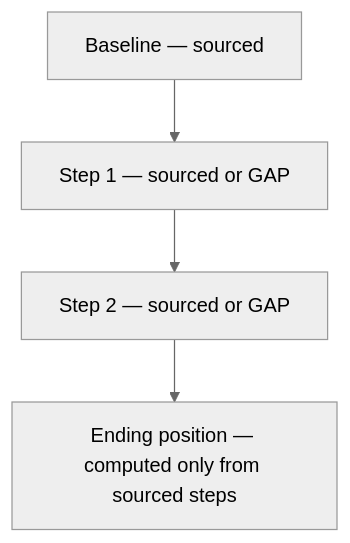
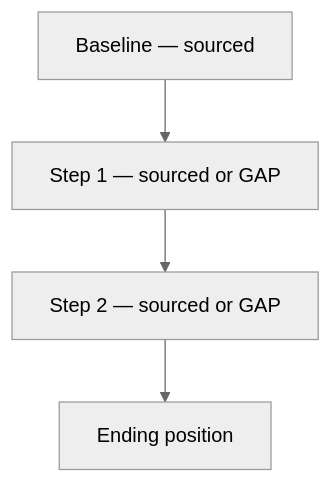
The diagram in vital-navigator-outcomes/skills/design-decision-exhibits/templates/value-waterfall.md (curatedhealth/vital-expert-marketplace), drawn with Mermaid before and after one commit. The commit also changed other lines of this file and 61 other files, not shown here.

````diff
--- a/vital-navigator-outcomes/skills/design-decision-exhibits/templates/value-waterfall.md
+++ b/vital-navigator-outcomes/skills/design-decision-exhibits/templates/value-waterfall.md
@@ -26,7 +26,7 @@
 ```mermaid
 %%{init: {'theme': 'neutral'}}%%
 flowchart TB
   B[Baseline — sourced] --> S1[Step 1 — sourced or GAP]
   S1 --> S2[Step 2 — sourced or GAP]
-  S2 --> E[Ending position — computed only from sourced steps]
+  S2 --> E[Ending position]
 ```
````
